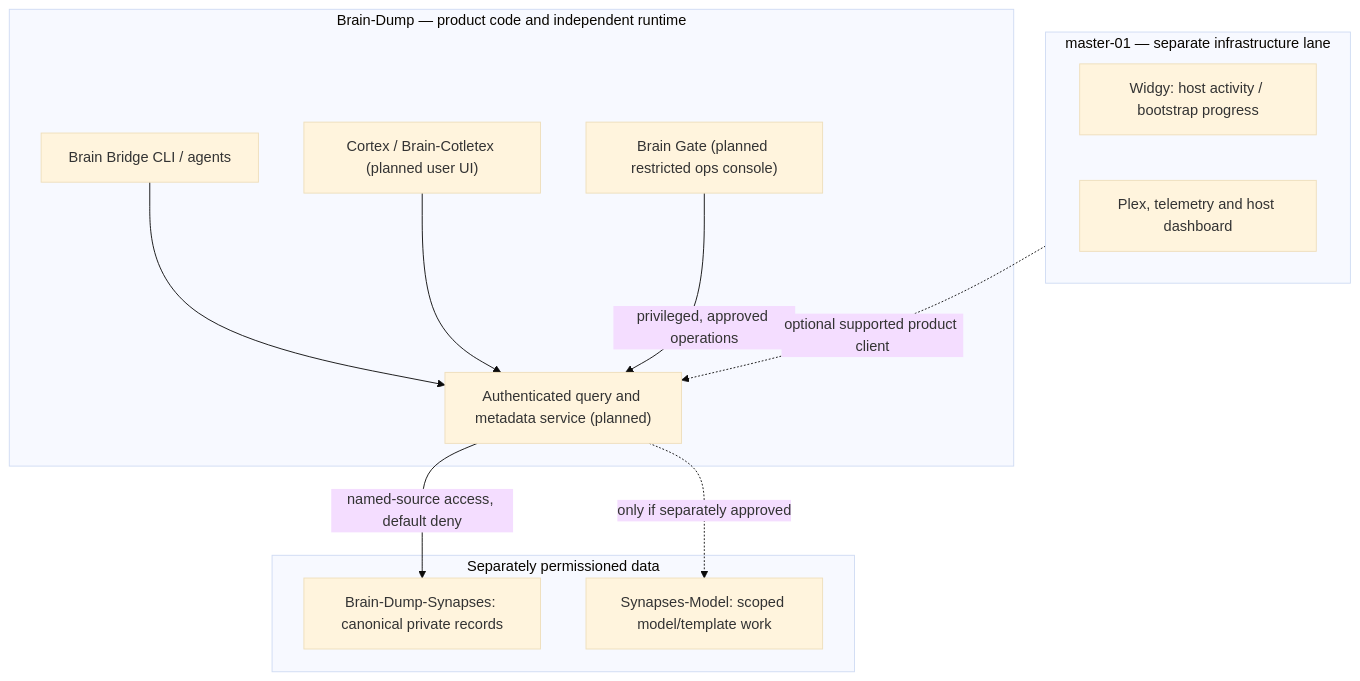
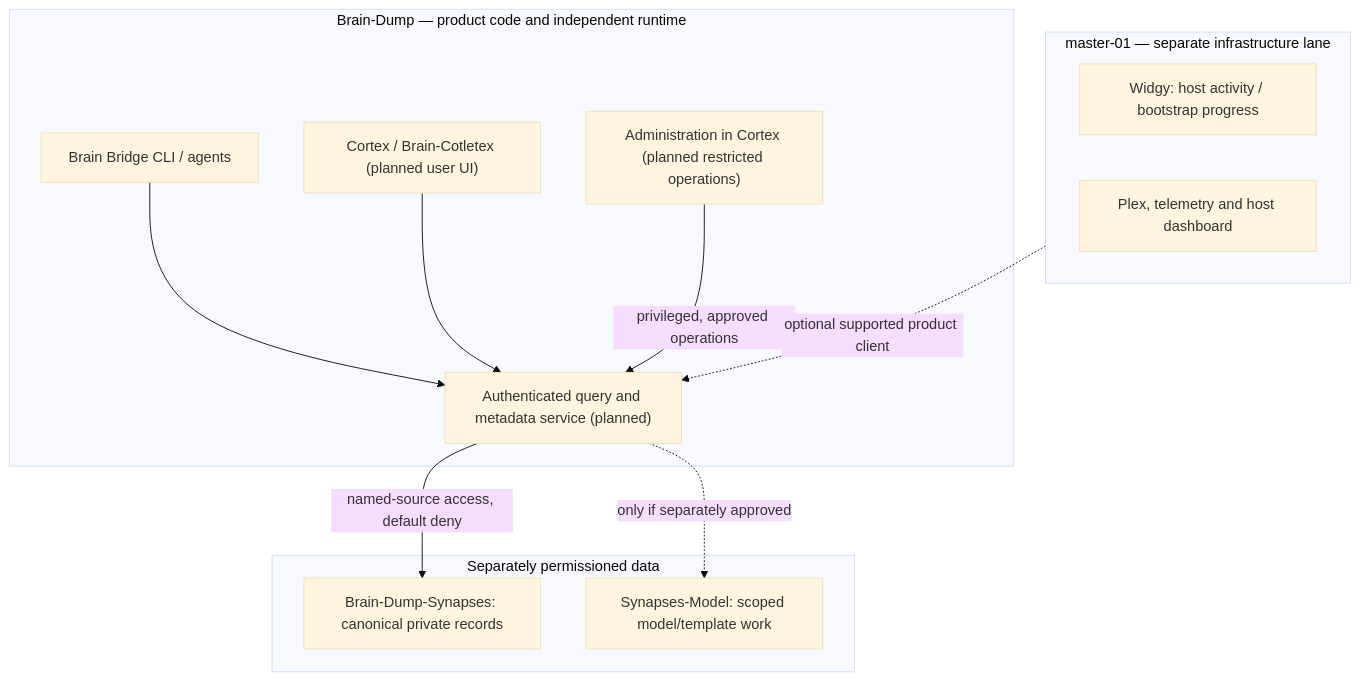
One commit to asalaices/Brain-Dump changed the first of 4 diagrams in Brain-Evolution.md. Above: the diagram before and after it, drawn with Mermaid (base theme). The commit also changed other lines of this file and 7 other files, not shown here.

First line of the commit message:
Consolidate Cortex Recall and Administration in attached tabs

````diff
--- a/Brain-Evolution.md
+++ b/Brain-Evolution.md
@@ -22,23 +29,23 @@
 ```mermaid
 flowchart TB
   subgraph Product["Brain-Dump — product code and independent runtime"]
     CLI["Brain Bridge CLI / agents"]
     API["Authenticated query and metadata service (planned)"]
     Cortex["Cortex / Brain-Cotletex (planned user UI)"]
-    Gate["Brain Gate (planned restricted ops console)"]
+    Gate["Administration in Cortex (planned restricted operations)"]
     CLI --> API
     Cortex --> API
     Gate -->|"privileged, approved operations"| API
   end
   subgraph Data["Separately permissioned data"]
     Syn["Brain-Dump-Synapses: canonical private records"]
     Model["Synapses-Model: scoped model/template work"]
   end
   API -->|"named-source access, default deny"| Syn
   API -.->|"only if separately approved"| Model
   subgraph Host["master-01 — separate infrastructure lane"]
     Widgy["Widgy: host activity / bootstrap progress"]
     HostUI["Plex, telemetry and host dashboard"]
   end
   Host -.->|"optional supported product client"| API
 ```
````
